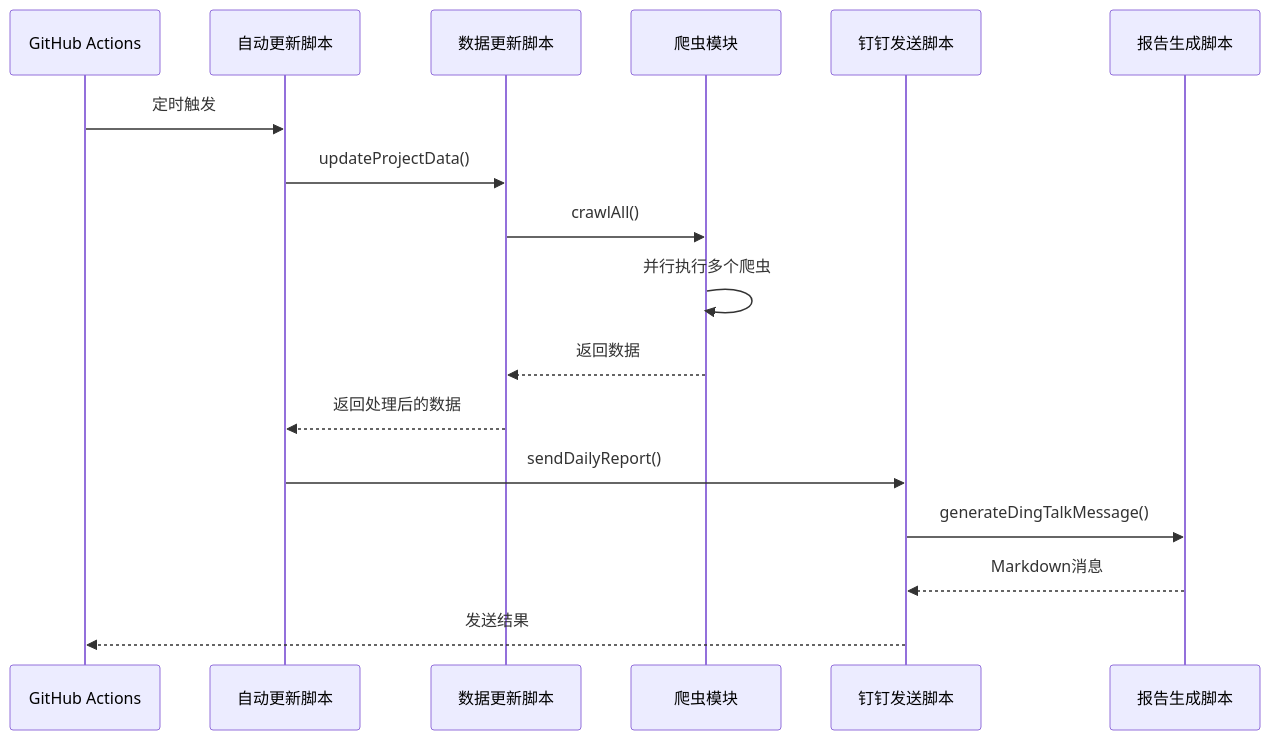
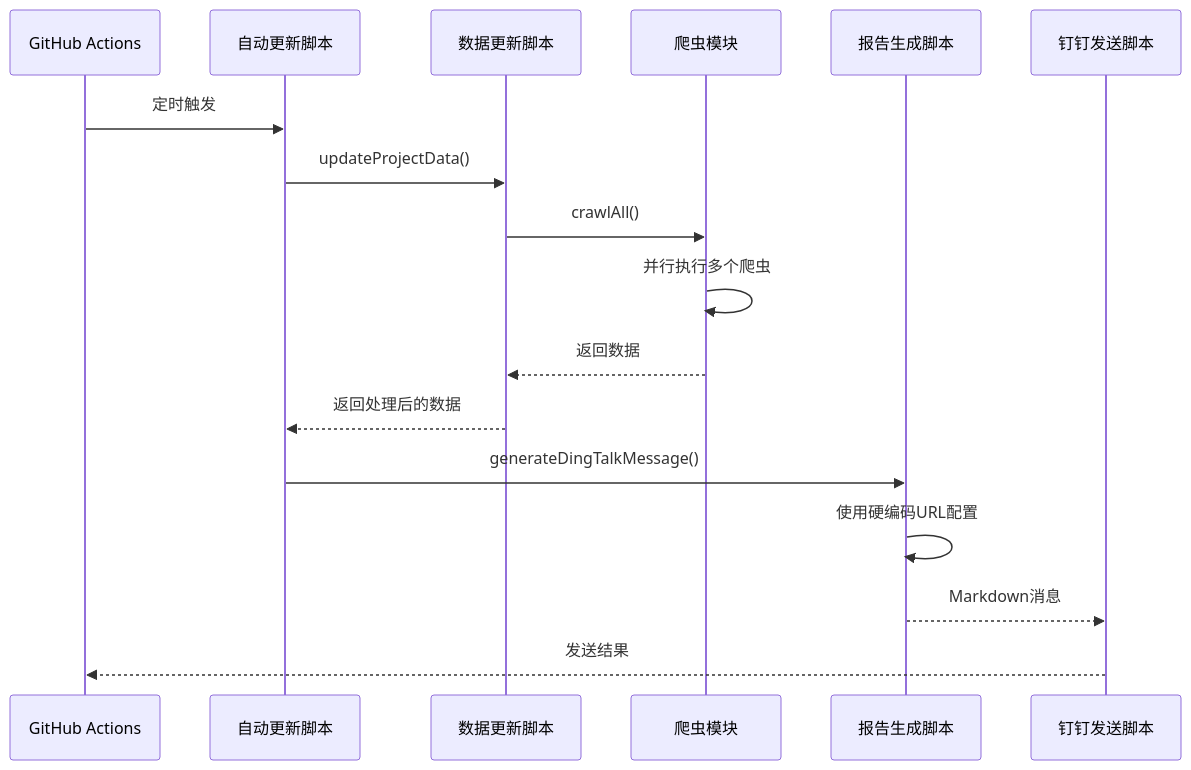
One commit to liangxuanliang-cmd/carbon-info-agent changed the second of 12 diagrams in .qoder/repowiki/zh/content/部署与维护/自动化每日报告系统.md. Above: the diagram before and after it, drawn with Mermaid. The commit also changed other lines of this file and 4 other files, not shown here.

````diff
--- a/.qoder/repowiki/zh/content/部署与维护/自动化每日报告系统.md
+++ b/.qoder/repowiki/zh/content/部署与维护/自动化每日报告系统.md
@@ -119,19 +131,19 @@
 ```mermaid
 sequenceDiagram
 participant Scheduler as GitHub Actions
 participant AutoUpdate as 自动更新脚本
 participant UpdateData as 数据更新脚本
 participant Crawler as 爬虫模块
+participant Report as 报告生成脚本
 participant DingTalk as 钉钉发送脚本
-participant Report as 报告生成脚本
 Scheduler->>AutoUpdate : 定时触发
 AutoUpdate->>UpdateData : updateProjectData()
 UpdateData->>Crawler : crawlAll()
 Crawler->>Crawler : 并行执行多个爬虫
 Crawler-->>UpdateData : 返回数据
 UpdateData-->>AutoUpdate : 返回处理后的数据
-AutoUpdate->>DingTalk : sendDailyReport()
-DingTalk->>Report : generateDingTalkMessage()
+AutoUpdate->>Report : generateDingTalkMessage()
+Report->>Report : 使用硬编码URL配置
 Report-->>DingTalk : Markdown消息
 DingTalk-->>Scheduler : 发送结果
 ```
````
